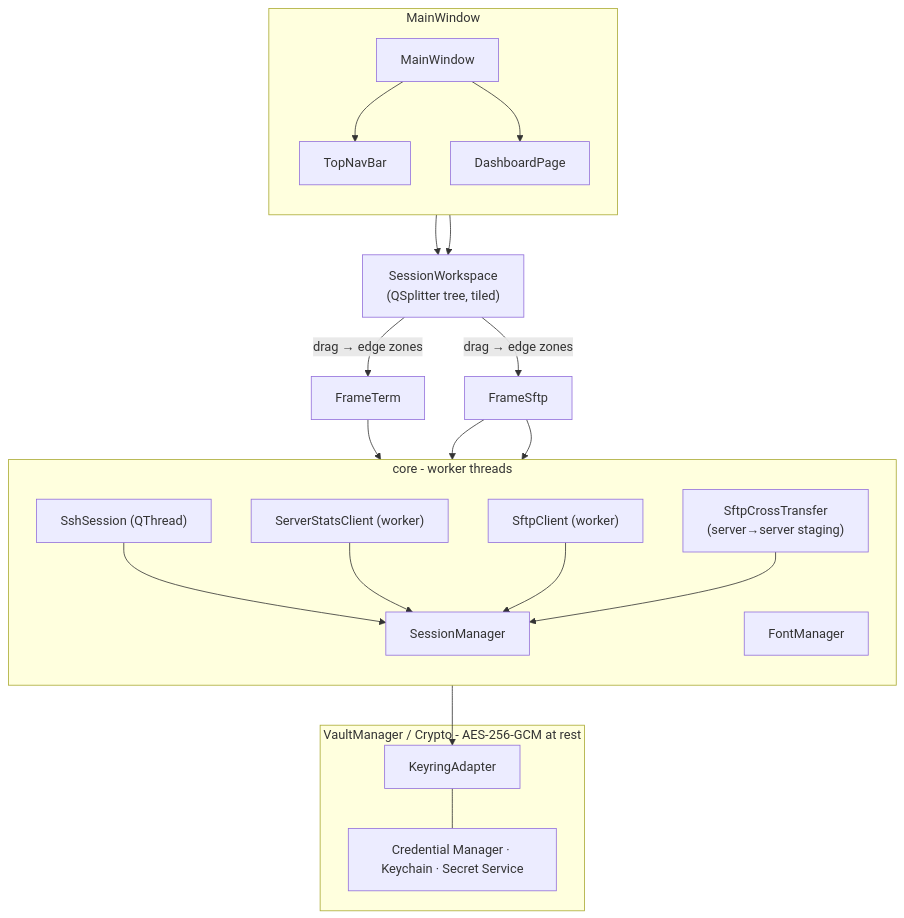
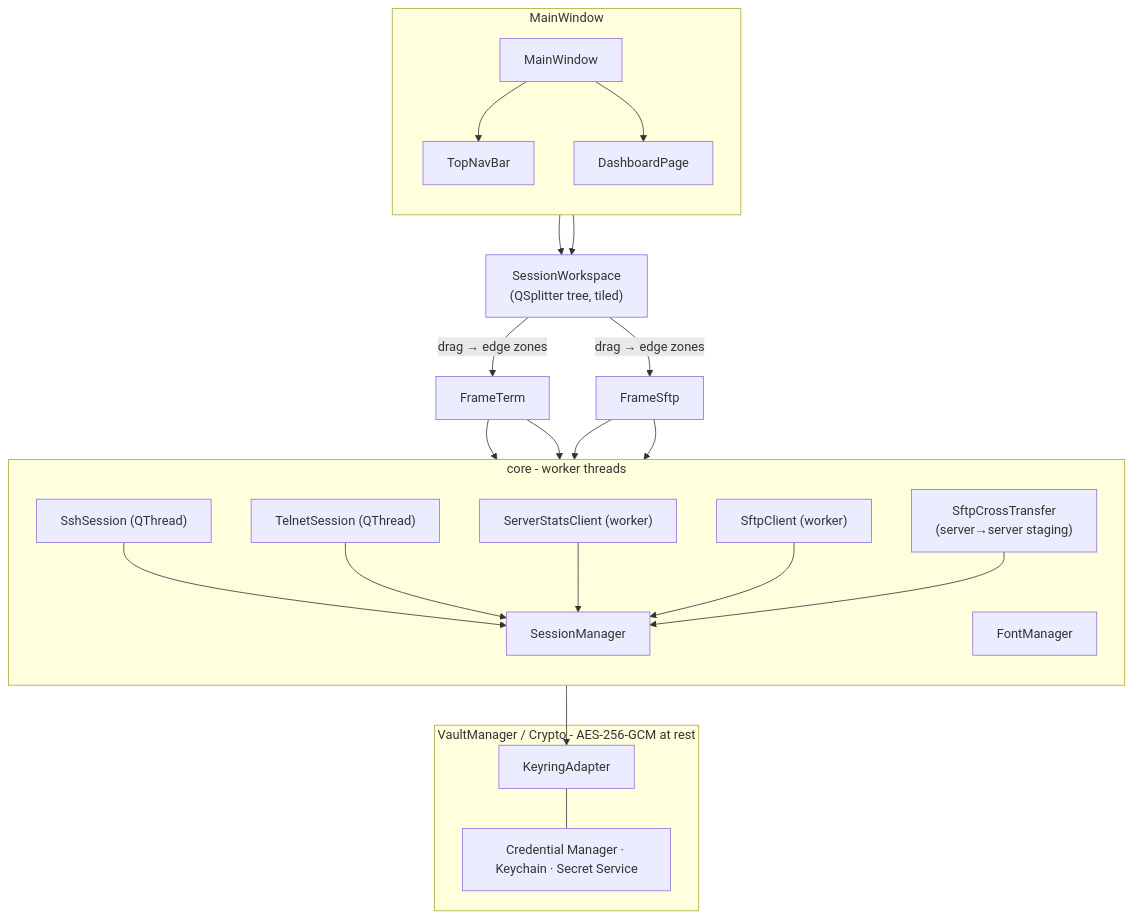
Before and after one commit to Qjuba/clientosh: the diagram in README.md, drawn with Mermaid. The commit also changed other lines of this file and 12 other files, not shown here.

````diff
--- a/README.md
+++ b/README.md
@@ -105,44 +111,47 @@
 ```mermaid
 flowchart TB
     subgraph UI["MainWindow"]
         direction TB
         TopNavBar["TopNavBar"]
         Dashboard["DashboardPage"]
         MainWindow["MainWindow"]
     end
 
     MainWindow --> TopNavBar
     MainWindow --> Dashboard
 
     TopNavBar --> SW
     Dashboard --> SW
     SW["SessionWorkspace<br/>(QSplitter tree, tiled)"]:::ws
 
     SW -->|"drag → edge zones"| FrameTerm
     SW -->|"drag → edge zones"| FrameSftp
 
     subgraph Backend["core - worker threads"]
         direction TB
         Ssh["SshSession (QThread)"]
+        Telnet["TelnetSession (QThread)"]
         Mgr["SessionManager"]
         Stats["ServerStatsClient (worker)"]
         Font["FontManager"]
         Sftp["SftpClient (worker)"]
         Cross["SftpCrossTransfer<br/>(server→server staging)"]
         Ssh --> Mgr
+        Telnet --> Mgr
         Stats --> Mgr
         Sftp --> Mgr
         Cross --> Mgr
     end
 
     FrameTerm --> Ssh
+    FrameTerm --> Telnet
     FrameSftp --> Sftp
     FrameSftp --> Cross
 
     subgraph Vault["VaultManager / Crypto - AES-256-GCM at rest"]
         VaultMgr["KeyringAdapter"]
         VaultMgr --- K["Credential Manager · Keychain · Secret Service"]
     end
 
     Mgr --> VaultMgr
 ```
````
